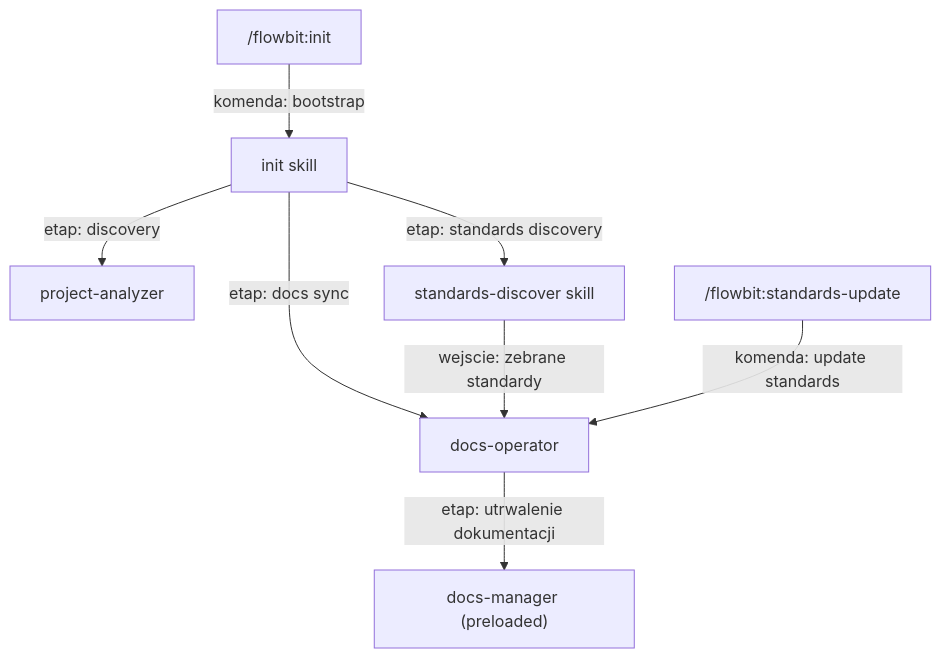
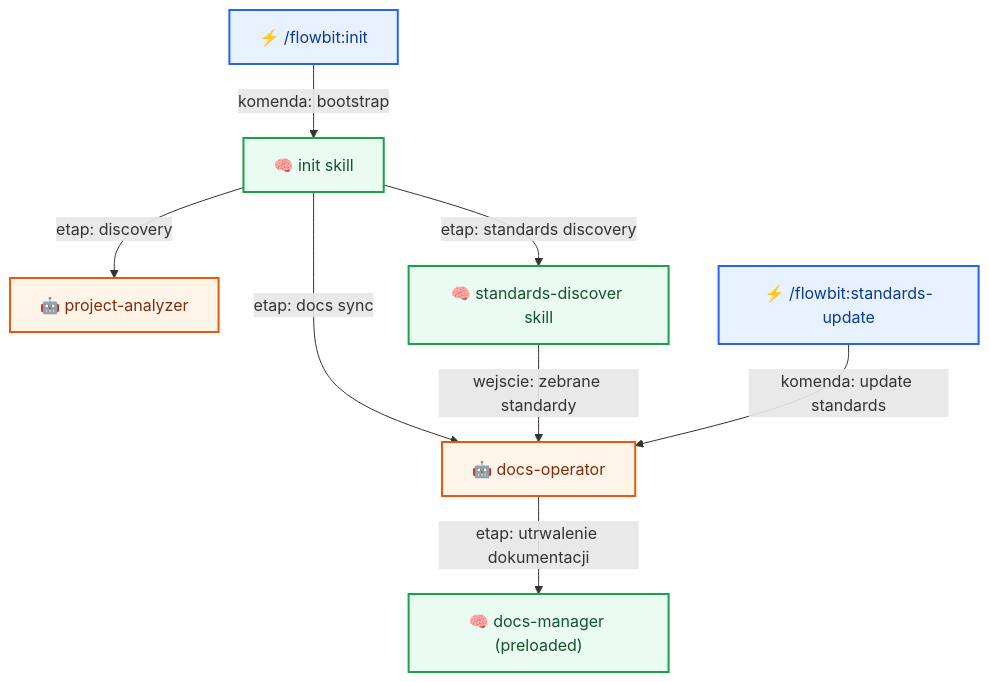
The second of 10 diagrams in docs/flow/workflows.md (plucins/flowbit), drawn with Mermaid before and after one commit. The commit also changed other lines of this file and 1 other file, not shown here.

Commit message:
Enhance mermaid diagrams with icons and improved formatting in overview and workflows documentation

````diff
--- a/docs/flow/workflows.md
+++ b/docs/flow/workflows.md
@@ -45,10 +52,17 @@
 ```mermaid
 graph TD
-  INIT_CMD["/flowbit:init"] -- "komenda: bootstrap" --> INIT["init skill"]
-  INIT -- "etap: discovery" --> PROJ["project-analyzer"]
-  INIT -- "etap: standards discovery" --> STD_DISC["standards-discover skill"]
-  INIT -- "etap: docs sync" --> DOCS_OP["docs-operator"]
+  INIT_CMD["⚡ /flowbit:init"] -- "komenda: bootstrap" --> INIT["🧠 init skill"]
+  INIT -- "etap: discovery" --> PROJ["🤖 project-analyzer"]
+  INIT -- "etap: standards discovery" --> STD_DISC["🧠 standards-discover skill"]
+  INIT -- "etap: docs sync" --> DOCS_OP["🤖 docs-operator"]
   STD_DISC -- "wejscie: zebrane standardy" --> DOCS_OP
-  STD_UPD["/flowbit:standards-update"] -- "komenda: update standards" --> DOCS_OP
-  DOCS_OP -- "etap: utrwalenie dokumentacji" --> DOCS["docs-manager (preloaded)"]
+  STD_UPD["⚡ /flowbit:standards-update"] -- "komenda: update standards" --> DOCS_OP
+  DOCS_OP -- "etap: utrwalenie dokumentacji" --> DOCS["🧠 docs-manager (preloaded)"]
+
+  classDef cmd fill:#E8F1FF,stroke:#2563EB,stroke-width:2px,color:#0B3A8F;
+  classDef skill fill:#EAFBF1,stroke:#16A34A,stroke-width:2px,color:#14532D;
+  classDef agent fill:#FFF4E8,stroke:#EA580C,stroke-width:2px,color:#7C2D12;
+  class INIT_CMD,STD_UPD cmd;
+  class INIT,STD_DISC,DOCS skill;
+  class PROJ,DOCS_OP agent;
 ```
````
